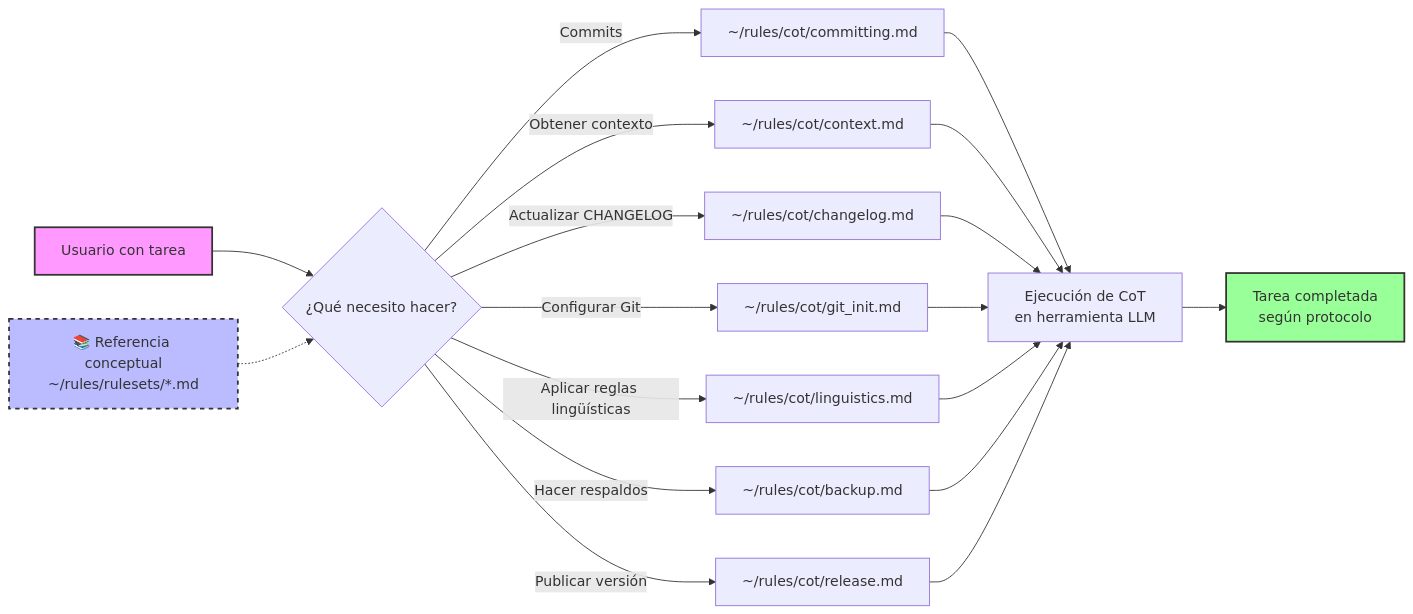
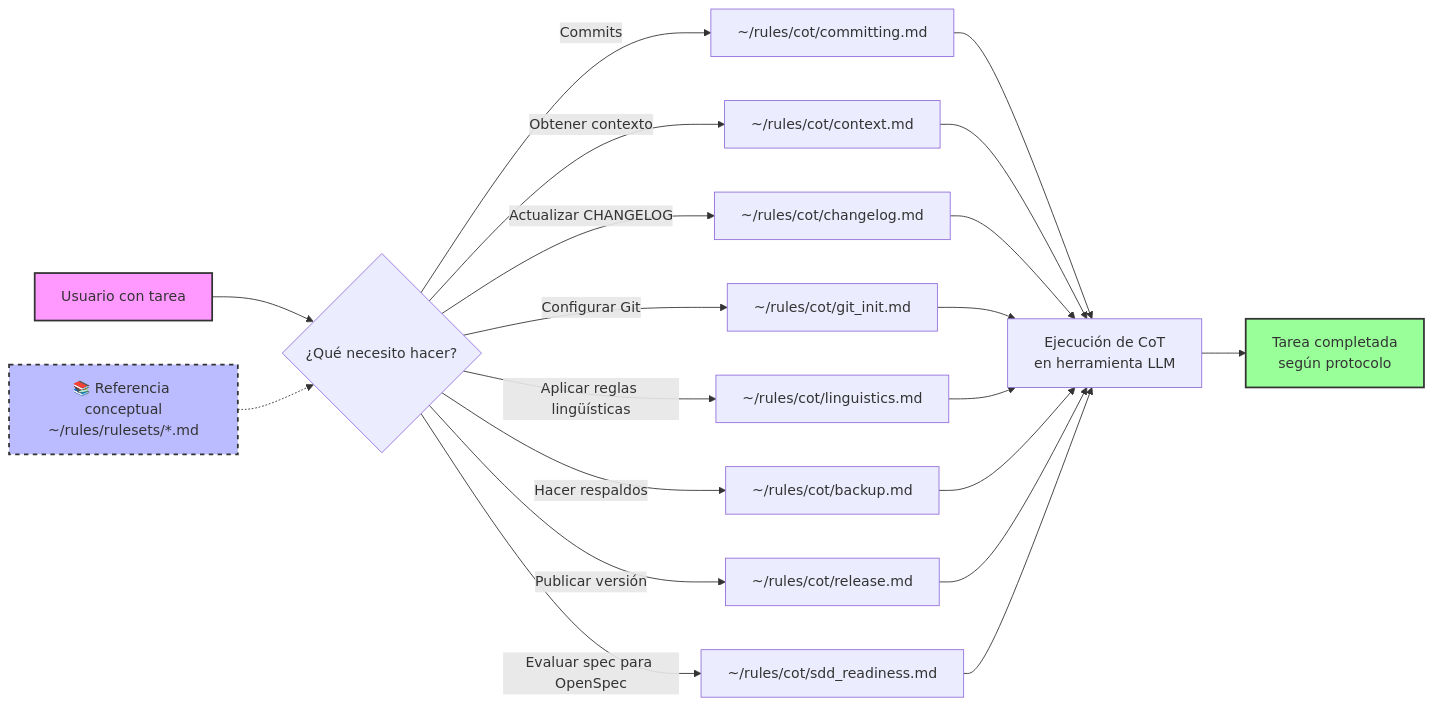
One commit to incognia/rules changed the first of 2 diagrams in README.md. Above: the diagram before and after it, drawn with Mermaid. The commit also changed other lines of this file and 15 other files, not shown here.

````diff
--- a/README.md
+++ b/README.md
@@ -87,27 +87,29 @@
 ```mermaid
 flowchart LR
     A["Usuario con tarea"] --> B{"¿Qué necesito hacer?"}
     B -->|Commits| C["~/rules/cot/committing.md"]
     B -->|Obtener contexto| D["~/rules/cot/context.md"]
     B -->|Actualizar CHANGELOG| E["~/rules/cot/changelog.md"]
     B -->|Configurar Git| F["~/rules/cot/git_init.md"]
     B -->|Aplicar reglas lingüísticas| G["~/rules/cot/linguistics.md"]
     B -->|Hacer respaldos| H["~/rules/cot/backup.md"]
     B -->|Publicar versión| L["~/rules/cot/release.md"]
+    B -->|Evaluar spec para OpenSpec| M["~/rules/cot/sdd_readiness.md"]
     
     C --> I["Ejecución de CoT<br/>en herramienta LLM"]
     D --> I
     E --> I
     F --> I
     G --> I
     H --> I
     L --> I
+    M --> I
     
     I --> J["Tarea completada<br/>según protocolo"]
     
     K["📚 Referencia conceptual<br/>~/rules/rulesets/*.md"] -.-> B
     
     style A fill:#f9f,stroke:#333,stroke-width:2px
     style J fill:#9f9,stroke:#333,stroke-width:2px
     style K fill:#bbf,stroke:#333,stroke-width:2px,stroke-dasharray: 5 5
 ```
````
